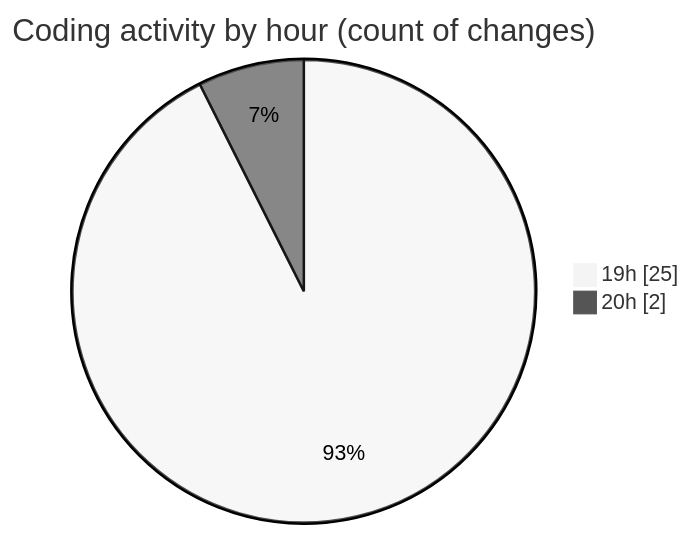
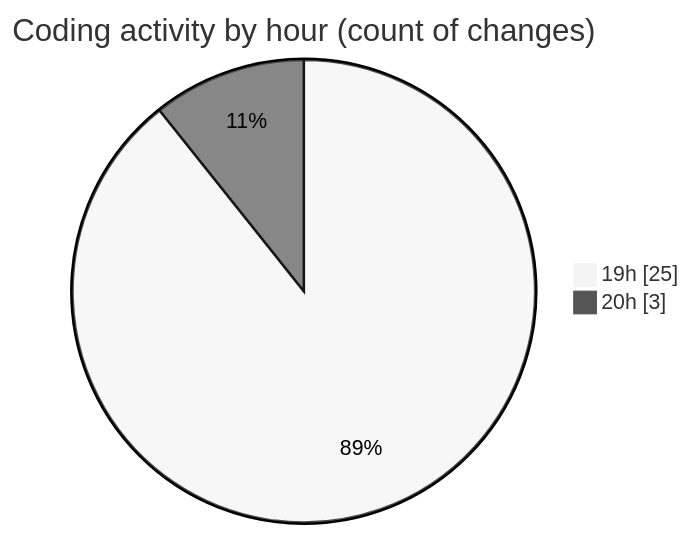
Before and after one commit to idhammustaqopulfikri/code-tracking: the second of 2 diagrams in 2025-06-09/studio-backend/README.md, drawn with Mermaid (neutral theme). The commit also changed other lines of this file and 1 other file, not shown here.

````diff
--- a/2025-06-09/studio-backend/README.md
+++ b/2025-06-09/studio-backend/README.md
@@ -35,6 +35,6 @@
 ```mermaid
 pie showData
 title Coding activity by hour (count of changes)
 "19h" : 25
-"20h" : 2
+"20h" : 3
 ```
````
